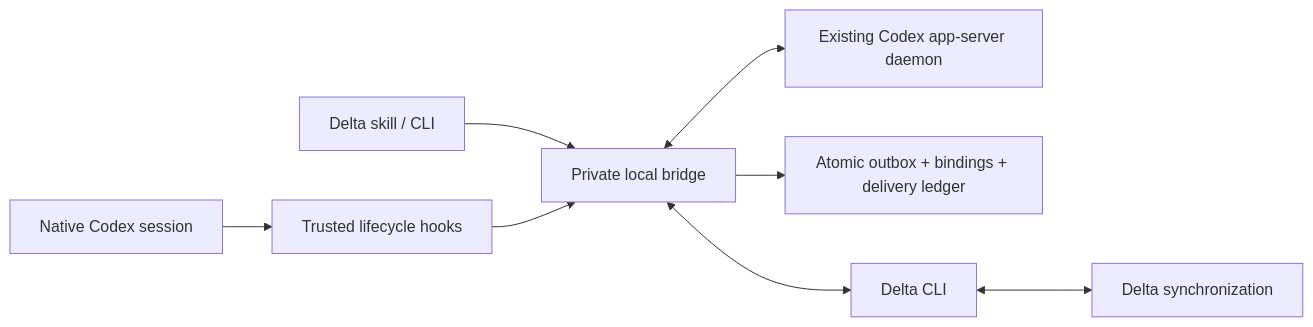
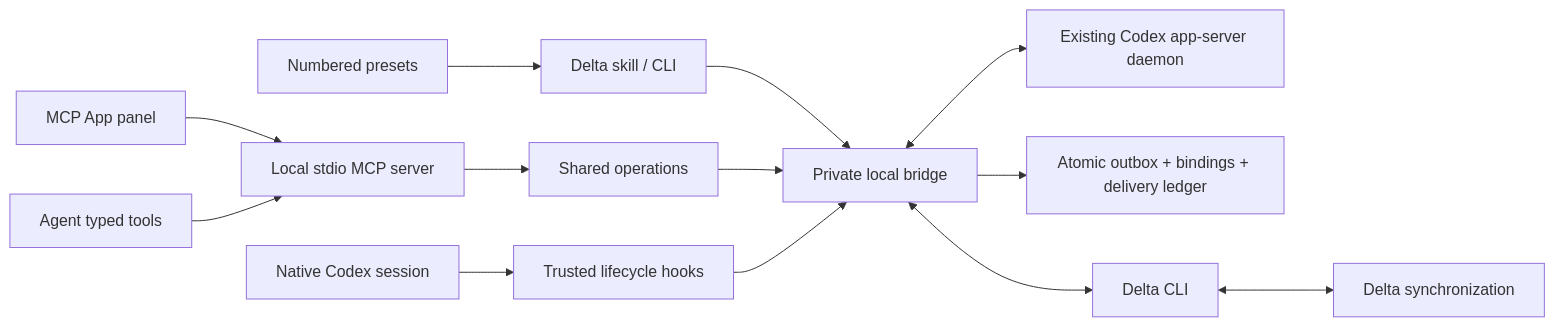
One commit to thehumanworks/delta-codex changed the diagram in docs/architecture.md. Above: the diagram before and after it, drawn with Mermaid. The commit also changed other lines of this file and 46 other files, not shown here.

Commit message:
Add Delta presets, typed MCP tools and collaboration panel

````diff
--- a/docs/architecture.md
+++ b/docs/architecture.md
@@ -3,10 +3,15 @@
 ```mermaid
 flowchart LR
   C[Native Codex session] --> H[Trusted lifecycle hooks]
   S[Delta skill / CLI] --> B[Private local bridge]
+  P[Numbered presets] --> S
+  U[MCP App panel] --> M[Local stdio MCP server]
+  T[Agent typed tools] --> M
+  M --> OPL[Shared operations]
+  OPL --> B
   H --> B
   B <--> A[Existing Codex app-server daemon]
   B --> O[Atomic outbox + bindings + delivery ledger]
   B <--> D[Delta CLI]
   D <--> R[Delta synchronization]
 ```
````
